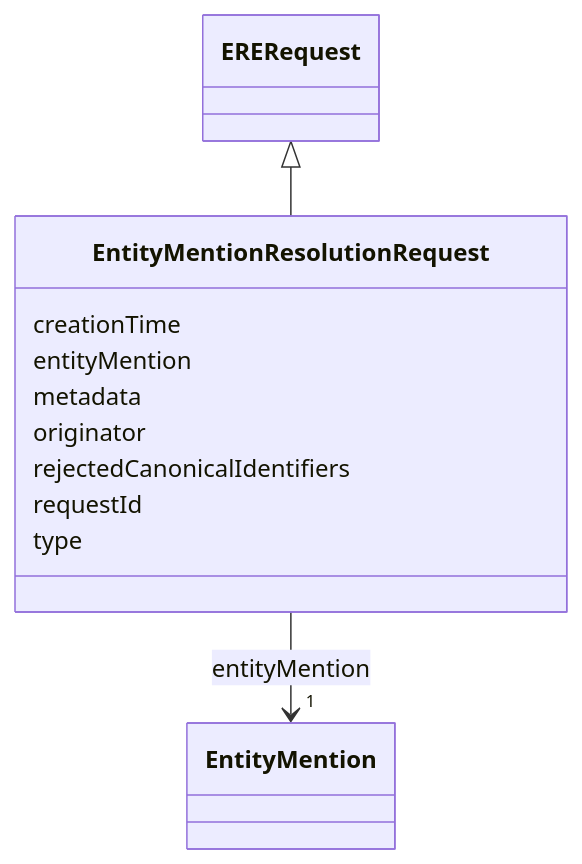
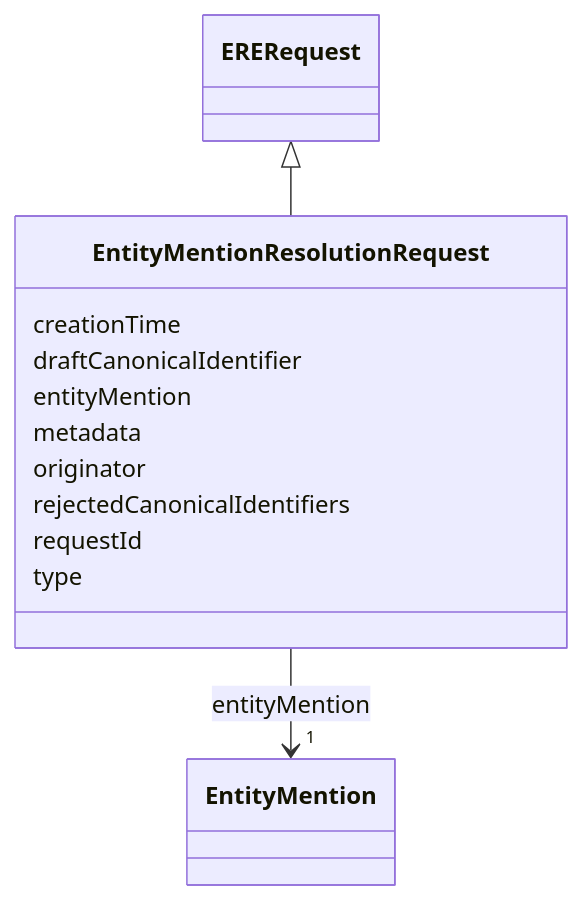
One commit to OP-TED/entity-resolution-spec changed the diagram in docs/schema/EntityMentionResolutionRequest.md. Above: the diagram before and after it, drawn with Mermaid. The commit also changed other lines of this file and 19 other files, not shown here.

Commit message:
docs: re-generate docs from LinkML ERE schema

````diff
--- a/docs/schema/EntityMentionResolutionRequest.md
+++ b/docs/schema/EntityMentionResolutionRequest.md
@@ -20,32 +20,34 @@
 ```mermaid
  classDiagram
     class EntityMentionResolutionRequest
     click EntityMentionResolutionRequest href "../EntityMentionResolutionRequest/"
       ERERequest <|-- EntityMentionResolutionRequest
         click ERERequest href "../ERERequest/"
       
       EntityMentionResolutionRequest : creationTime
+        
+      EntityMentionResolutionRequest : draftCanonicalIdentifier
         
       EntityMentionResolutionRequest : entityMention
         
           
     
         
         
         EntityMentionResolutionRequest --> "1" EntityMention : entityMention
         click EntityMention href "../EntityMention/"
     
 
         
       EntityMentionResolutionRequest : metadata
         
       EntityMentionResolutionRequest : originator
         
       EntityMentionResolutionRequest : rejectedCanonicalIdentifiers
         
       EntityMentionResolutionRequest : requestId
         
       EntityMentionResolutionRequest : type
         
       
 ```
````
